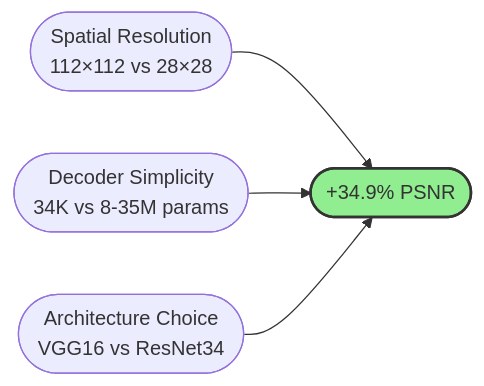
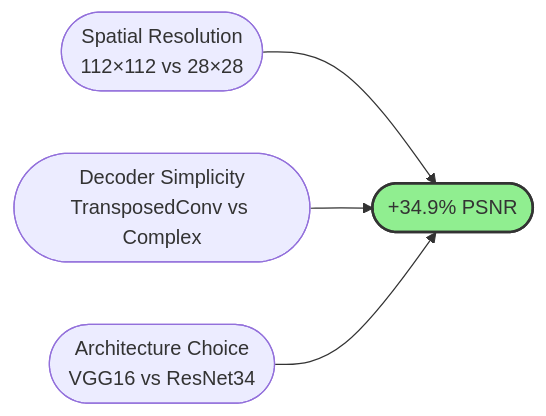
Before and after one commit to DanicaBlazanovic/CAP6415_F25_project_Input_Image_Reconstruction_from_Features: diagram 11 of 11 in EXPERIMENTAL_RESULTS_DISCUSSION.md, drawn with Mermaid. The commit also changed other lines of this file, not shown here.

````diff
--- a/EXPERIMENTAL_RESULTS_DISCUSSION.md
+++ b/EXPERIMENTAL_RESULTS_DISCUSSION.md
@@ -995,8 +842,8 @@
 ```mermaid
 graph LR
     A([Spatial Resolution<br/>112×112 vs 28×28]) --> D([+34.9% PSNR])
-    B([Decoder Simplicity<br/>34K vs 8-35M params]) --> D
+    B([Decoder Simplicity<br/>TransposedConv vs Complex]) --> D
     C([Architecture Choice<br/>VGG16 vs ResNet34]) --> D
     
     style D fill:#90EE90,stroke:#333,stroke-width:2px
 ```
````
